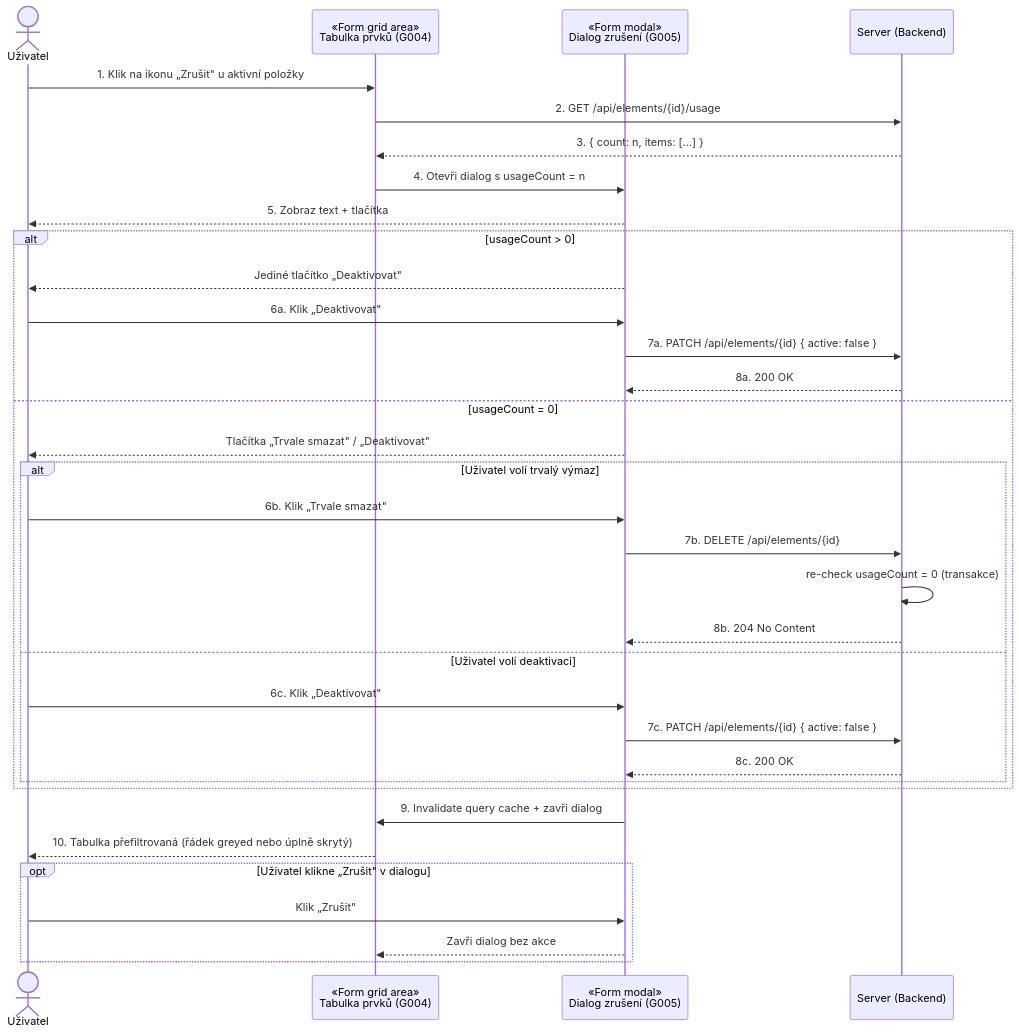
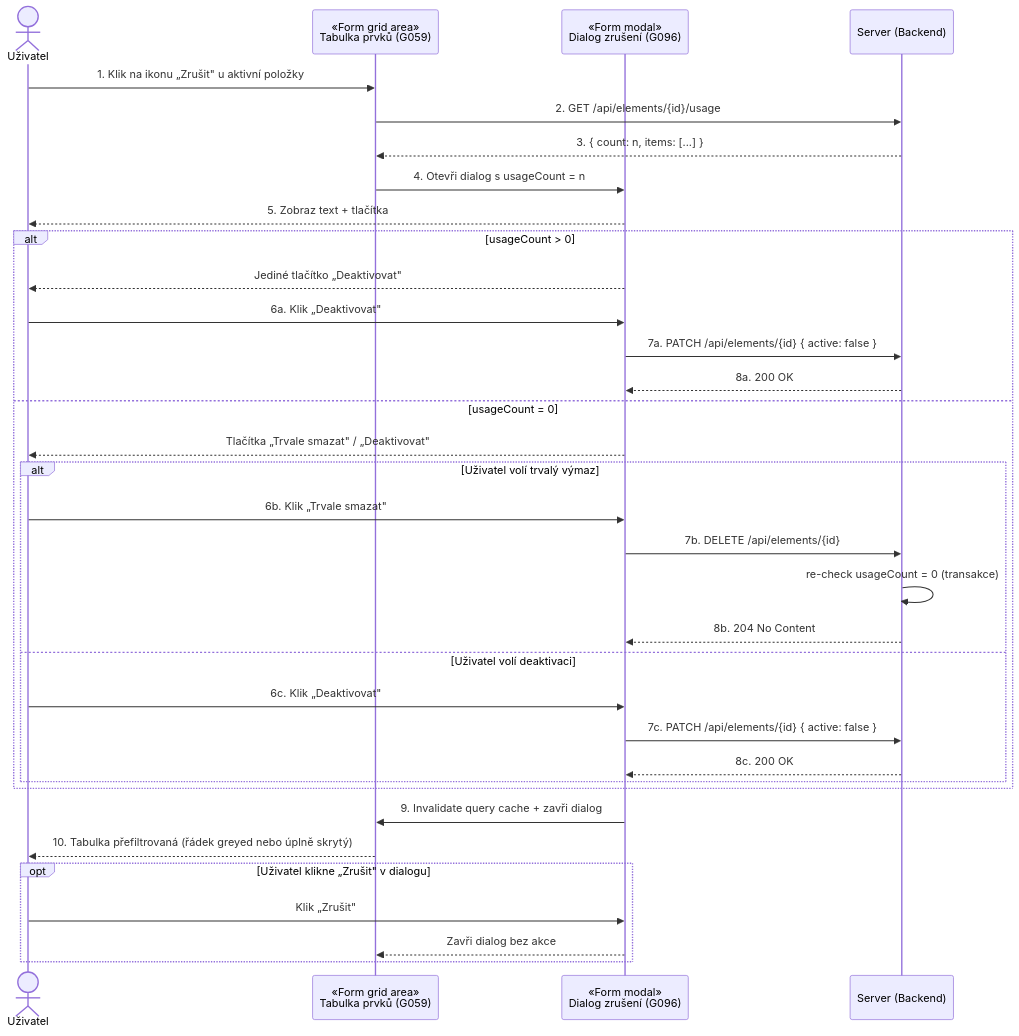
One commit to pvratny-droid/app.pvklok.eu changed the second of 3 diagrams in c3hub/RQU010 - Číselníky pozadavku a omezeni/analyza-md/05_sekvencni_diagramy.md. Above: the diagram before and after it, drawn with Mermaid. The commit also changed other lines of this file and 197 other files, not shown here.

````diff
--- a/c3hub/RQU010 - Číselníky pozadavku a omezeni/analyza-md/05_sekvencni_diagramy.md
+++ b/c3hub/RQU010 - Číselníky pozadavku a omezeni/analyza-md/05_sekvencni_diagramy.md
@@ -52,40 +52,40 @@
 ```mermaid
 sequenceDiagram
     actor U as Uživatel
-    participant T as «Form grid area»<br/>Tabulka prvků (G004)
-    participant D as «Form modal»<br/>Dialog zrušení (G005)
+    participant T as «Form grid area»<br/>Tabulka prvků (G059)
+    participant D as «Form modal»<br/>Dialog zrušení (G096)
     participant S as Server (Backend)
 
     U->>T: 1. Klik na ikonu „Zrušit" u aktivní položky
     T->>S: 2. GET /api/elements/{id}/usage
     S-->>T: 3. { count: n, items: [...] }
     T->>D: 4. Otevři dialog s usageCount = n
     D-->>U: 5. Zobraz text + tlačítka
 
     alt usageCount > 0
         D-->>U: Jediné tlačítko „Deaktivovat"
         U->>D: 6a. Klik „Deaktivovat"
         D->>S: 7a. PATCH /api/elements/{id} { active: false }
         S-->>D: 8a. 200 OK
     else usageCount = 0
         D-->>U: Tlačítka „Trvale smazat" / „Deaktivovat"
         alt Uživatel volí trvalý výmaz
             U->>D: 6b. Klik „Trvale smazat"
             D->>S: 7b. DELETE /api/elements/{id}
             S->>S: re-check usageCount = 0 (transakce)
             S-->>D: 8b. 204 No Content
         else Uživatel volí deaktivaci
             U->>D: 6c. Klik „Deaktivovat"
             D->>S: 7c. PATCH /api/elements/{id} { active: false }
             S-->>D: 8c. 200 OK
         end
     end
 
     D->>T: 9. Invalidate query cache + zavři dialog
     T-->>U: 10. Tabulka přefiltrovaná (řádek greyed nebo úplně skrytý)
 
     opt Uživatel klikne „Zrušit" v dialogu
         U->>D: Klik „Zrušit"
         D-->>T: Zavři dialog bez akce
     end
 ```
````
